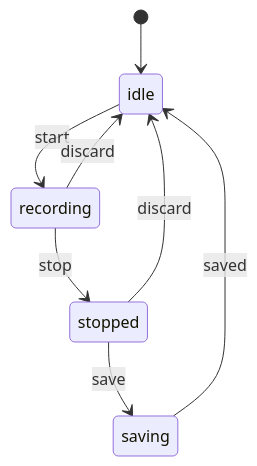
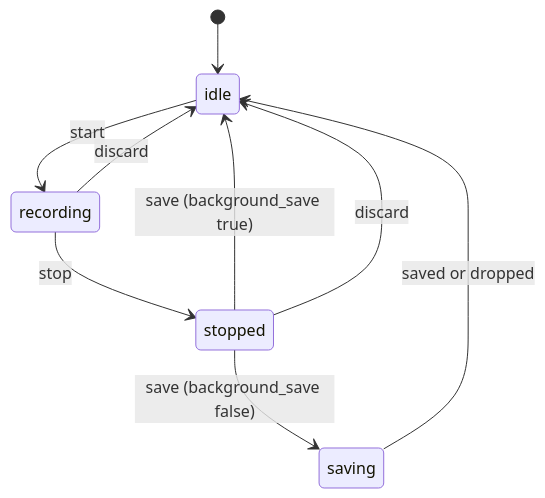
One commit to tetsugo02/roboloom changed the third of 4 diagrams in docs/en/get-started/concepts.md. Above: the diagram before and after it, drawn with Mermaid. The commit also changed other lines of this file and 76 other files, not shown here.

````diff
--- a/docs/en/get-started/concepts.md
+++ b/docs/en/get-started/concepts.md
@@ -80,10 +80,11 @@
 ```mermaid
 stateDiagram-v2
   [*] --> idle
   idle --> recording: start
   recording --> stopped: stop
-  stopped --> saving: save
-  saving --> idle: saved
+  stopped --> idle: save (background_save true)
+  stopped --> saving: save (background_save false)
+  saving --> idle: saved or dropped
   stopped --> idle: discard
   recording --> idle: discard
 ```
````
